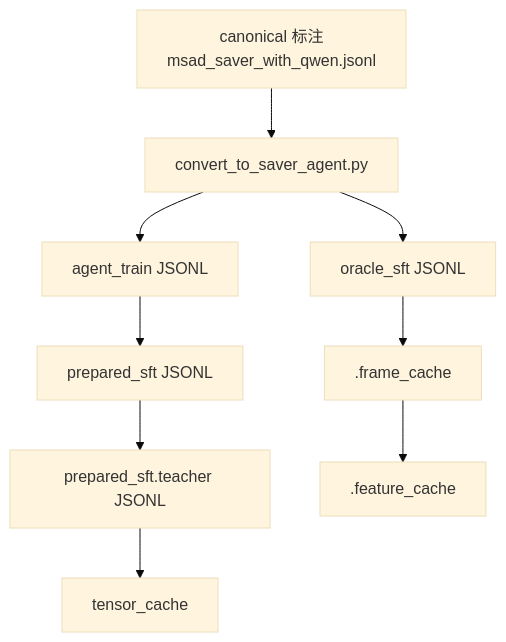
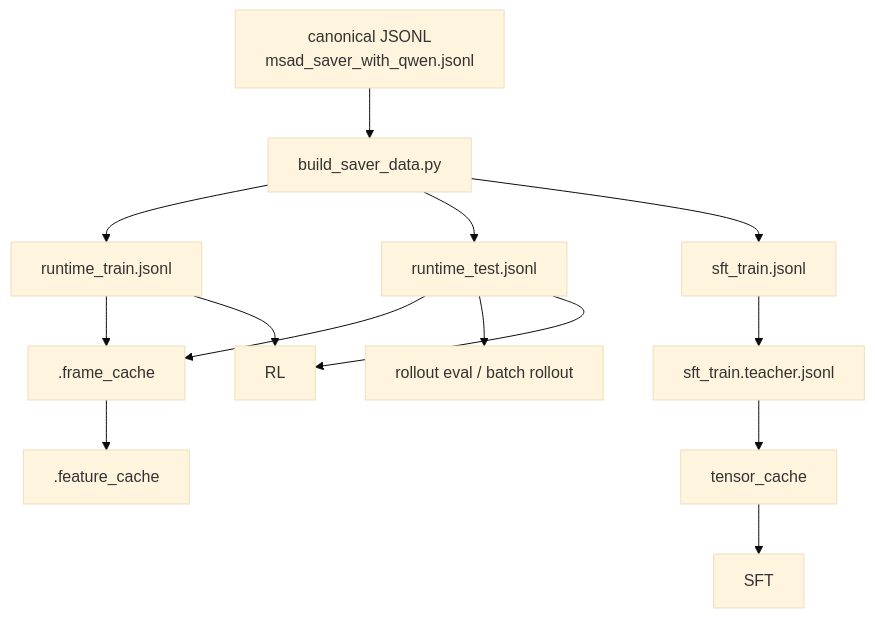
Before and after one commit to cornell-hust/SAVER-v2: the first of 2 diagrams in code/pipeline.md, drawn with Mermaid (base theme). The commit also changed other lines of this file and 139 other files, not shown here.

````diff
--- a/code/pipeline.md
+++ b/code/pipeline.md
@@ -12,21 +17,32 @@
 ```mermaid
 flowchart TD
-    raw["canonical 标注<br/>msad_saver_with_qwen.jsonl"]
-    convert["convert_to_saver_agent.py"]
-    agent["agent_train JSONL"]
-    oracle["oracle_sft JSONL"]
-    prepared["prepared_sft JSONL"]
-    teacher["prepared_sft.teacher JSONL"]
-    frame[".frame_cache"]
-    feature[".feature_cache"]
-    tensor["tensor_cache"]
+    accTitle: SAVER Main Pipeline
+    accDescr: Canonical annotations are converted once into runtime train/test JSONLs and final SFT JSONLs. Runtime data powers caches, rollout, and RL, while final SFT data powers tensor cache and SFT training.
 
-    raw --> convert
-    convert --> agent
-    convert --> oracle
-    agent --> prepared
-    prepared --> teacher
-    oracle --> frame
-    frame --> feature
-    teacher --> tensor
+    canonical["canonical JSONL<br/>msad_saver_with_qwen.jsonl"]
+    builder["build_saver_data.py"]
+    runtime_train["runtime_train.jsonl"]
+    runtime_test["runtime_test.jsonl"]
+    sft_train["sft_train.jsonl"]
+    sft_teacher["sft_train.teacher.jsonl"]
+    frame_cache[".frame_cache"]
+    feature_cache[".feature_cache"]
+    tensor_cache["tensor_cache"]
+    sft["SFT"]
+    rollout["rollout eval / batch rollout"]
+    rl["RL"]
+
+    canonical --> builder
+    builder --> runtime_train
+    builder --> runtime_test
+    builder --> sft_train
+    sft_train --> sft_teacher
+    runtime_train --> frame_cache
+    runtime_test --> frame_cache
+    frame_cache --> feature_cache
+    sft_teacher --> tensor_cache
+    tensor_cache --> sft
+    runtime_test --> rollout
+    runtime_train --> rl
+    runtime_test --> rl
 ```
````
